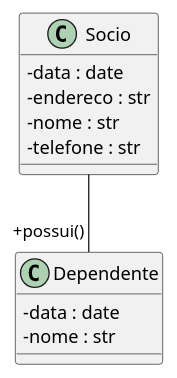
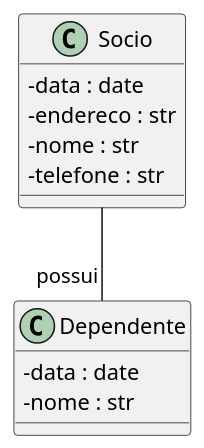
One commit to maxwellamaral/maxwellamaral.github.io changed the diagram in docs/assets/puml/uml_class03.puml. Above: the diagram before and after it, drawn with PlantUML. The commit also changed 99 other files, not shown here.

Commit message:
🆕 Adicionado conteúdo relacionado aos diagramas UML

```diff
--- a/docs/assets/puml/uml_class03.puml
+++ b/docs/assets/puml/uml_class03.puml
@@ -1,20 +1,21 @@
 @startuml
 
 ' left to right direction
 skinparam classAttributeIconSize 0
+scale 1.2
 
 class Socio {
     - data : date
     - endereco : str
     - nome : str
     - telefone : str
 }
 
 class Dependente {
     - data : date
     - nome : str
 }
 
-Socio --"+possui()" Dependente
+Socio --"possui" Dependente
 
 @enduml
```
